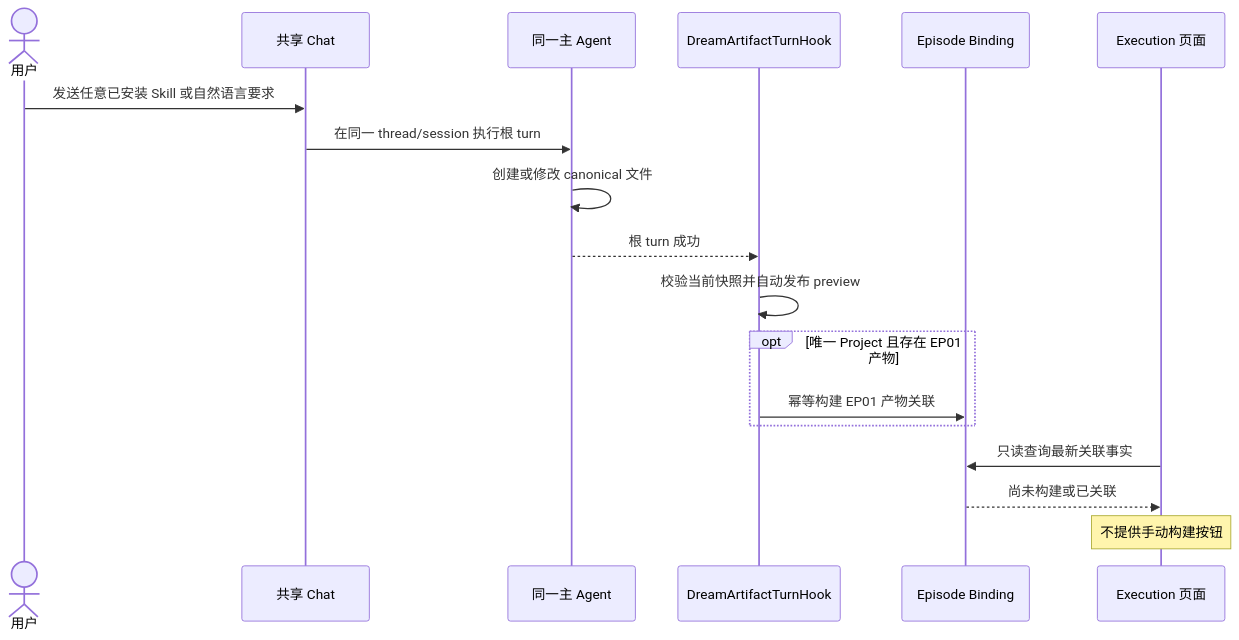
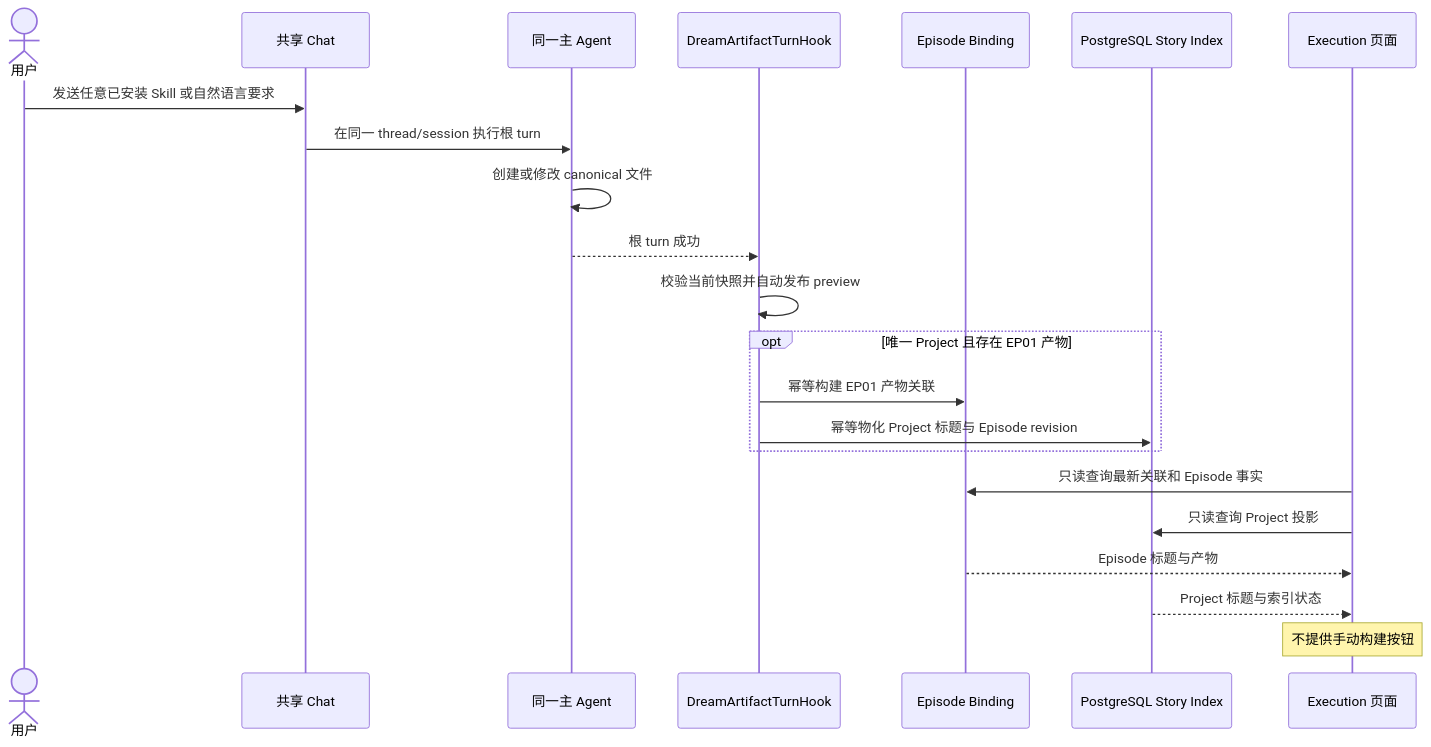
One commit to glide-the/im-dream changed the second of 2 diagrams in docs/design/dream-agent/project-episode-artifact-contract.md. Above: the diagram before and after it, drawn with Mermaid. The commit also changed other lines of this file and 57 other files, not shown here.

````diff
--- a/docs/design/dream-agent/project-episode-artifact-contract.md
+++ b/docs/design/dream-agent/project-episode-artifact-contract.md
@@ -88,21 +128,25 @@
 ```mermaid
 sequenceDiagram
     actor U as 用户
     participant C as 共享 Chat
     participant A as 同一主 Agent
     participant H as DreamArtifactTurnHook
     participant B as Episode Binding
+    participant I as PostgreSQL Story Index
     participant E as Execution 页面
 
     U->>C: 发送任意已安装 Skill 或自然语言要求
     C->>A: 在同一 thread/session 执行根 turn
     A->>A: 创建或修改 canonical 文件
     A-->>H: 根 turn 成功
     H->>H: 校验当前快照并自动发布 preview
     opt 唯一 Project 且存在 EP01 产物
         H->>B: 幂等构建 EP01 产物关联
+        H->>I: 幂等物化 Project 标题与 Episode revision
     end
-    E->>B: 只读查询最新关联事实
-    B-->>E: 尚未构建或已关联
+    E->>B: 只读查询最新关联和 Episode 事实
+    E->>I: 只读查询 Project 投影
+    B-->>E: Episode 标题与产物
+    I-->>E: Project 标题与索引状态
     Note over E: 不提供手动构建按钮
 ```
````
